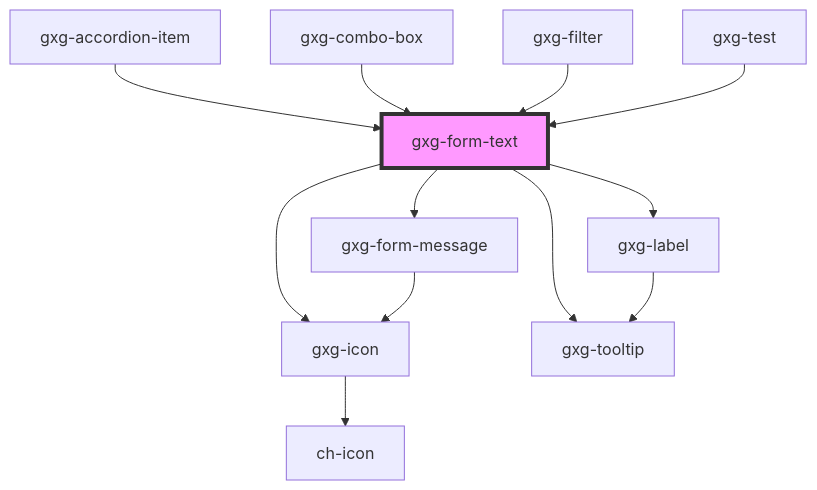
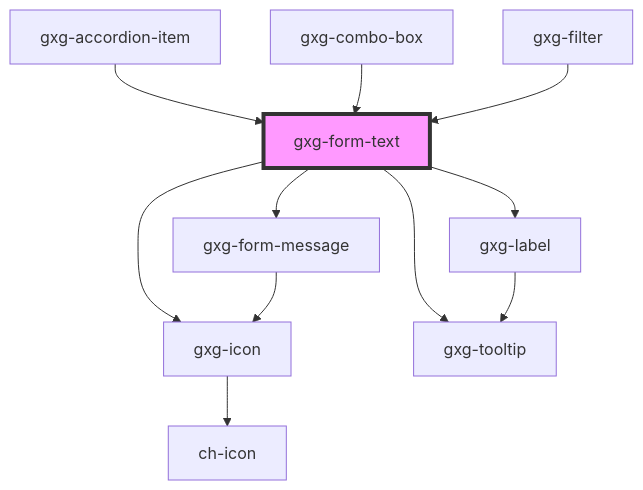
Before and after one commit to genexuslabs/gemini: the diagram in src/components/form-text/readme.md, drawn with Mermaid. The commit also changed other lines of this file and 21 other files, not shown here.

````diff
--- a/src/components/form-text/readme.md
+++ b/src/components/form-text/readme.md
@@ -150,15 +149,14 @@
 ```mermaid
 graph TD;
   gxg-form-text --> gxg-icon
   gxg-form-text --> gxg-label
   gxg-form-text --> gxg-form-message
   gxg-form-text --> gxg-tooltip
   gxg-icon --> ch-icon
   gxg-label --> gxg-tooltip
   gxg-form-message --> gxg-icon
   gxg-accordion-item --> gxg-form-text
   gxg-combo-box --> gxg-form-text
   gxg-filter --> gxg-form-text
-  gxg-test --> gxg-form-text
   style gxg-form-text fill:#f9f,stroke:#333,stroke-width:4px
 ```
````
